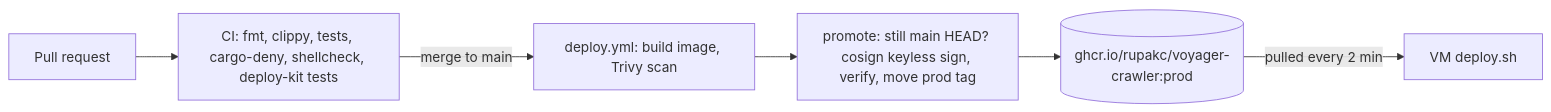
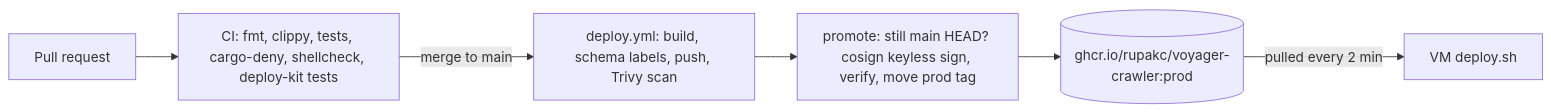
Before and after one commit to rupakc/travel-planner-crawler: the second of 2 diagrams in docs/wiki/Operations-and-Deploy.md, drawn with Mermaid. The commit also changed other lines of this file and 40 other files, not shown here.

````diff
--- a/docs/wiki/Operations-and-Deploy.md
+++ b/docs/wiki/Operations-and-Deploy.md
@@ -62,8 +92,8 @@
 ```mermaid
 flowchart LR
   PR["Pull request"] --> CI["CI: fmt, clippy, tests, cargo-deny, shellcheck, deploy-kit tests"]
-  CI -->|"merge to main"| BUILD["deploy.yml: build image, Trivy scan"]
+  CI -->|"merge to main"| BUILD["deploy.yml: build, schema labels, push, Trivy scan"]
   BUILD --> PROMO["promote: still main HEAD? cosign keyless sign, verify, move prod tag"]
   PROMO --> GHCR[("ghcr.io/rupakc/voyager-crawler:prod")]
   GHCR -->|"pulled every 2 min"| VM["VM deploy.sh"]
 ```
````
